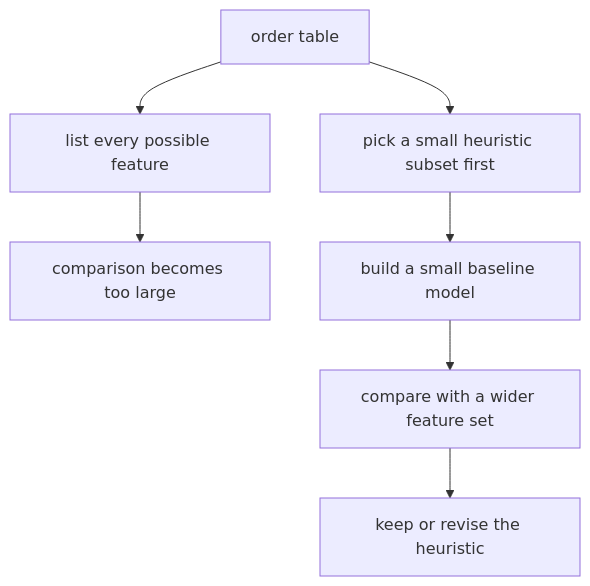
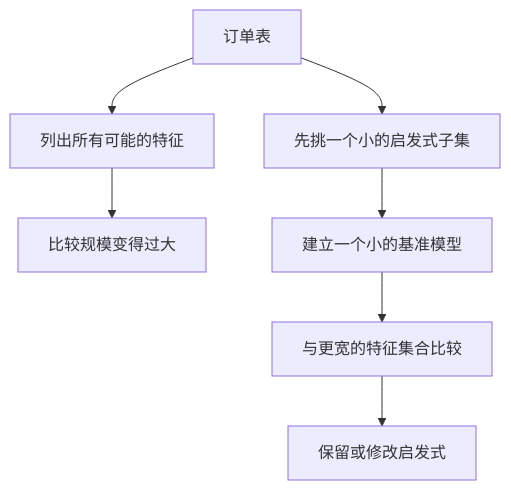
One commit to devchan64/AiBook changed the second of 2 diagrams in docs/zh/parts/part-04/chapter-03/section-01.md. Above: the diagram before and after it, drawn with Mermaid. The commit also changed other lines of this file and 11 other files, not shown here.

````diff
--- a/docs/zh/parts/part-04/chapter-03/section-01.md
+++ b/docs/zh/parts/part-04/chapter-03/section-01.md
@@ -166,13 +166,13 @@
 ```mermaid
 flowchart TD
-  A["order table"]
-  B["list every possible feature"]
-  C["comparison becomes too large"]
-  D["pick a small heuristic subset first"]
-  E["build a small baseline model"]
-  F["compare with a wider feature set"]
-  G["keep or revise the heuristic"]
+  A["订单表"]
+  B["列出所有可能的特征"]
+  C["比较规模变得过大"]
+  D["先挑一个小的启发式子集"]
+  E["建立一个小的基准模型"]
+  F["与更宽的特征集合比较"]
+  G["保留或修改启发式"]
 
   A --> B --> C
   A --> D --> E --> F --> G
 ```
````
